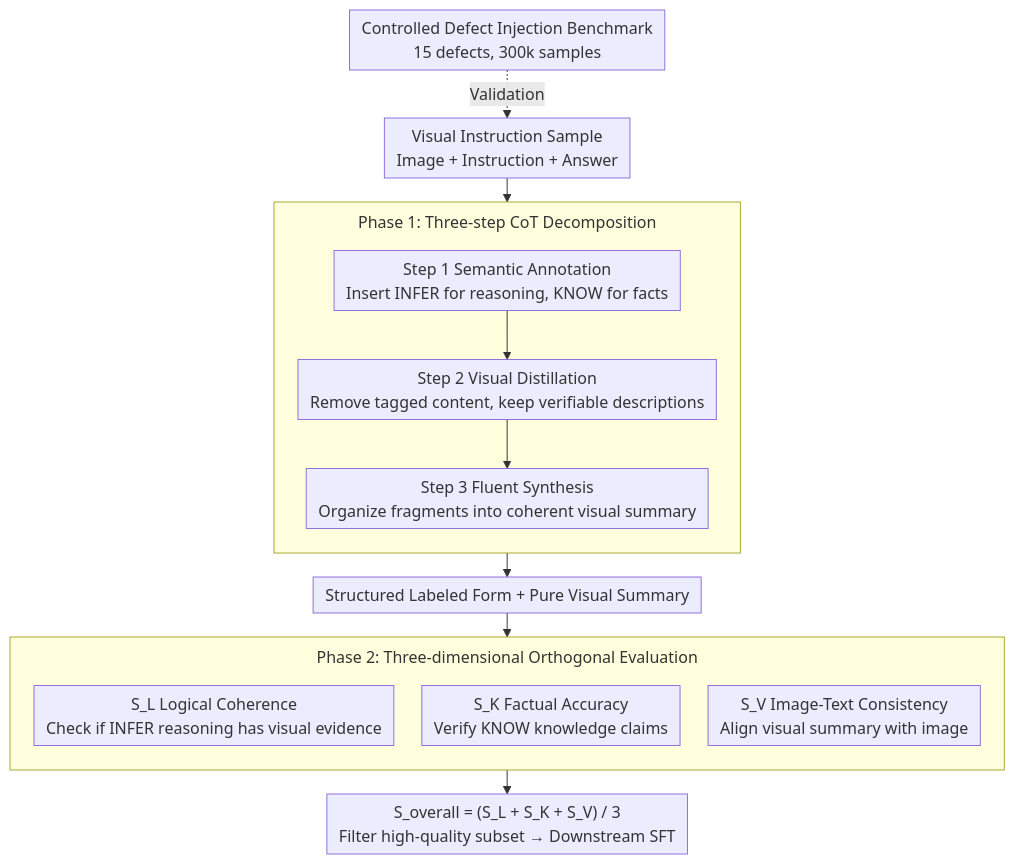
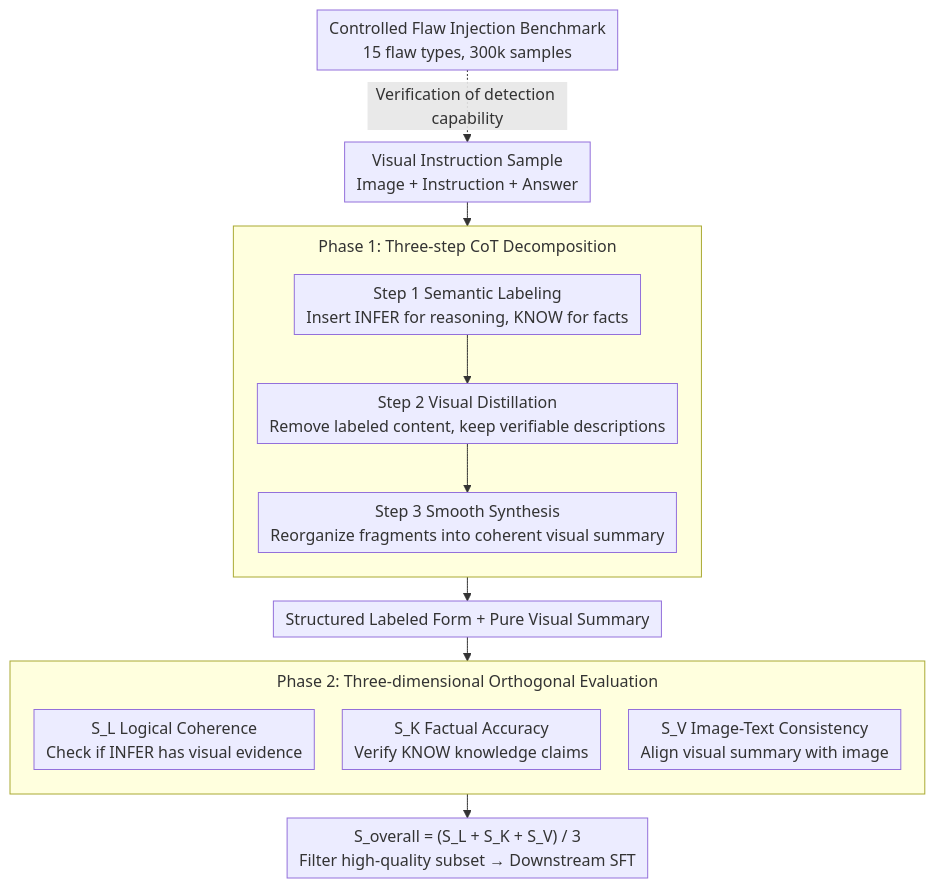
The diagram in docs/ACL2026/interpretability/evian_towards_explainable_visual_instruction-tuning_data_auditing.md (zhaoyang97/Paper-Notes-en), drawn with Mermaid before and after one commit. The commit also changed other lines of this file and 5084 other files, not shown here.

````diff
--- a/docs/ACL2026/interpretability/evian_towards_explainable_visual_instruction-tuning_data_auditing.md
+++ b/docs/ACL2026/interpretability/evian_towards_explainable_visual_instruction-tuning_data_auditing.md
@@ -44,19 +44,19 @@
 ```mermaid
 %%{init: {'flowchart': {'rankSpacing': 24, 'nodeSpacing': 28, 'padding': 6, 'wrappingWidth': 400, 'subGraphTitleMargin': {'top': 8, 'bottom': 16}}}}%%
 flowchart TD
     IN["Visual Instruction Sample<br/>Image + Instruction + Answer"] --> P1
     subgraph P1["Phase 1: Three-step CoT Decomposition"]
         direction TB
-        A1["Step 1 Semantic Annotation<br/>Insert INFER for reasoning, KNOW for facts"] --> A2["Step 2 Visual Distillation<br/>Remove tagged content, keep verifiable descriptions"] --> A3["Step 3 Fluent Synthesis<br/>Organize fragments into coherent visual summary"]
+        A1["Step 1 Semantic Labeling<br/>Insert INFER for reasoning, KNOW for facts"] --> A2["Step 2 Visual Distillation<br/>Remove labeled content, keep verifiable descriptions"] --> A3["Step 3 Smooth Synthesis<br/>Reorganize fragments into coherent visual summary"]
     end
     P1 --> MID["Structured Labeled Form + Pure Visual Summary"]
     MID --> P2
     subgraph P2["Phase 2: Three-dimensional Orthogonal Evaluation"]
         direction TB
-        B1["S_L Logical Coherence<br/>Check if INFER reasoning has visual evidence"]
+        B1["S_L Logical Coherence<br/>Check if INFER has visual evidence"]
         B2["S_K Factual Accuracy<br/>Verify KNOW knowledge claims"]
         B3["S_V Image-Text Consistency<br/>Align visual summary with image"]
     end
     P2 --> SCORE["S_overall = (S_L + S_K + S_V) / 3<br/>Filter high-quality subset → Downstream SFT"]
-    BENCH["Controlled Defect Injection Benchmark<br/>15 defects, 300k samples"] -. Validation .-> IN
+    BENCH["Controlled Flaw Injection Benchmark<br/>15 flaw types, 300k samples"] -. Verification of detection capability .-> IN
 ```
````
